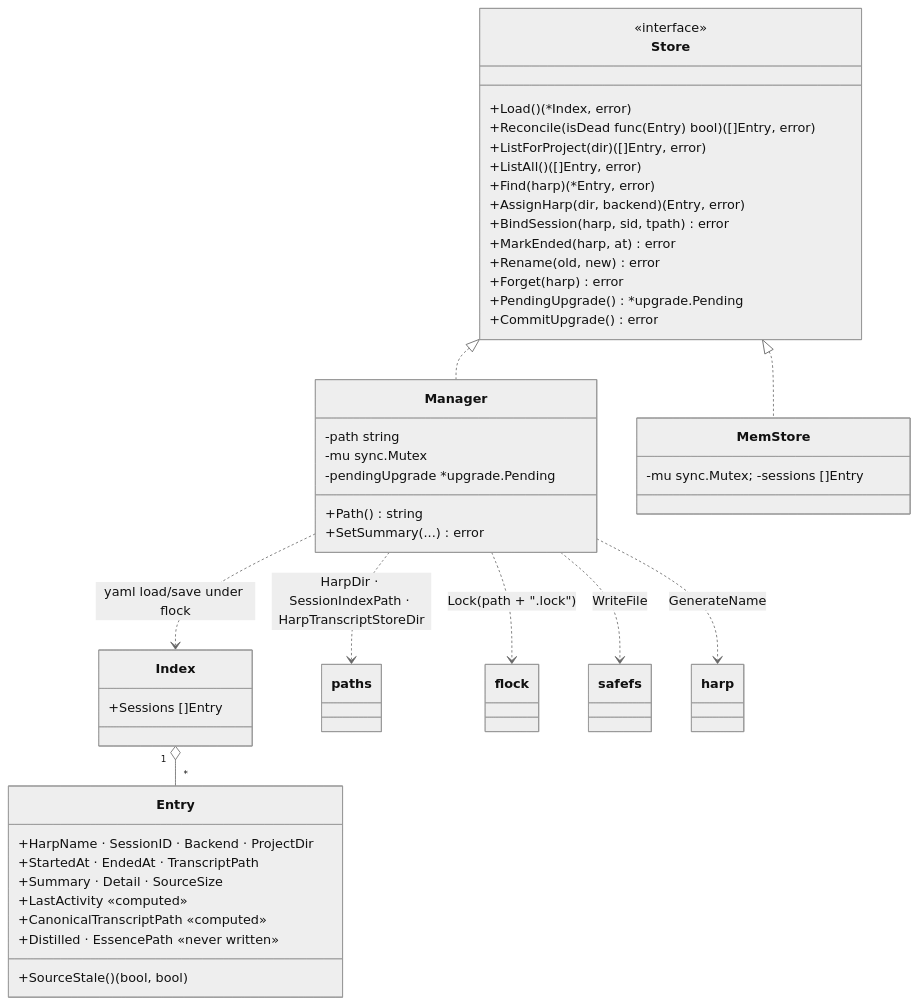
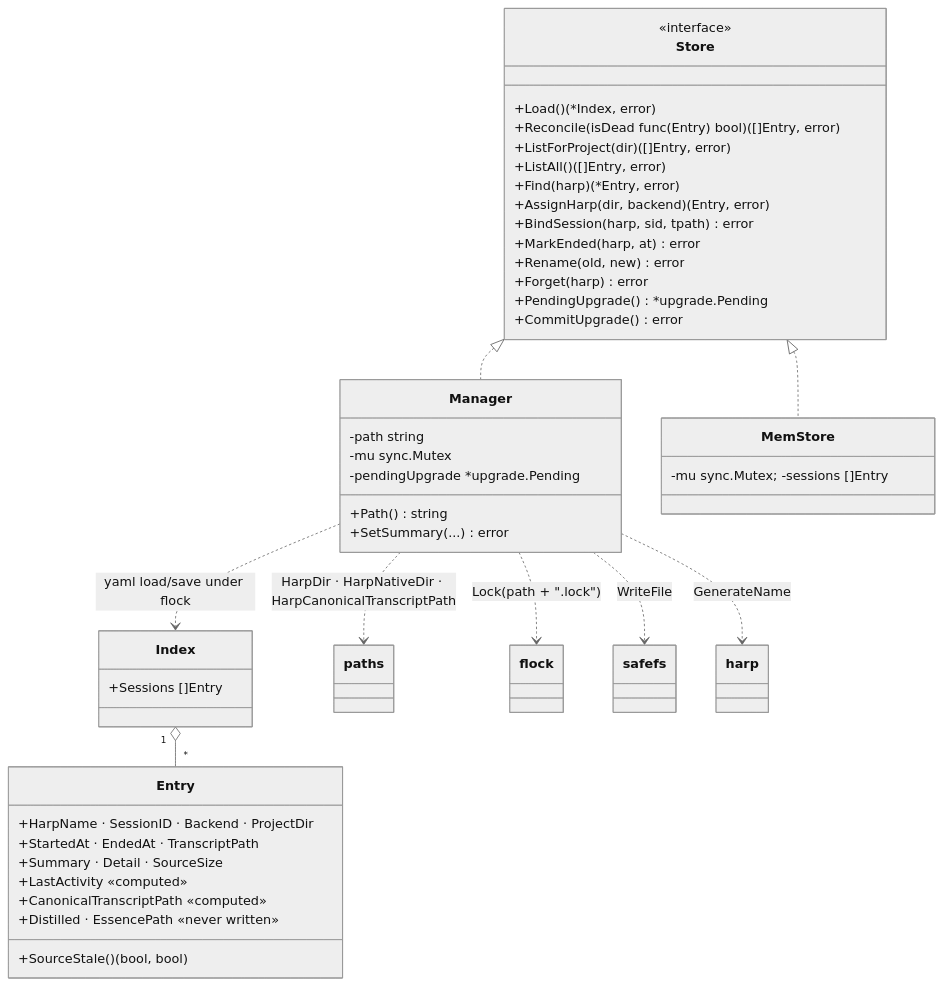
One commit to ctxloom/ctxloom changed the first of 2 diagrams in docs/architecture/companions/sessions.md. Above: the diagram before and after it, drawn with Mermaid (neutral theme). The commit also changed other lines of this file and 19 other files, not shown here.

First line of the commit message:
docs: session-layout — architecture, glossary and user docs describe the machine session dir and the output dir

````diff
--- a/docs/architecture/companions/sessions.md
+++ b/docs/architecture/companions/sessions.md
@@ -22,45 +22,45 @@
 ```mermaid
 classDiagram
     class Store {
         <<interface>>
         +Load() (*Index, error)
         +Reconcile(isDead func(Entry) bool) ([]Entry, error)
         +ListForProject(dir) ([]Entry, error)
         +ListAll() ([]Entry, error)
         +Find(harp) (*Entry, error)
         +AssignHarp(dir, backend) (Entry, error)
         +BindSession(harp, sid, tpath) error
         +MarkEnded(harp, at) error
         +Rename(old, new) error
         +Forget(harp) error
         +PendingUpgrade() *upgrade.Pending
         +CommitUpgrade() error
     }
     class Manager {
         -path string
         -mu sync.Mutex
         -pendingUpgrade *upgrade.Pending
         +Path() string
         +SetSummary(...) error
     }
     class MemStore { -mu sync.Mutex; -sessions []Entry }
     class Index { +Sessions []Entry }
     class Entry {
         +HarpName · SessionID · Backend · ProjectDir
         +StartedAt · EndedAt · TranscriptPath
         +Summary · Detail · SourceSize
         +LastActivity  «computed»
         +CanonicalTranscriptPath  «computed»
         +Distilled · EssencePath  «never written»
         +SourceStale() (bool, bool)
     }
 
     Store <|.. Manager
     Store <|.. MemStore
     Manager ..> Index : yaml load/save under flock
     Index "1" o-- "*" Entry
-    Manager ..> paths : HarpDir · SessionIndexPath · HarpTranscriptStoreDir
+    Manager ..> paths : HarpDir · HarpNativeDir · HarpCanonicalTranscriptPath
     Manager ..> flock : Lock(path + ".lock")
     Manager ..> safefs : WriteFile
     Manager ..> harp : GenerateName
 ```
````
